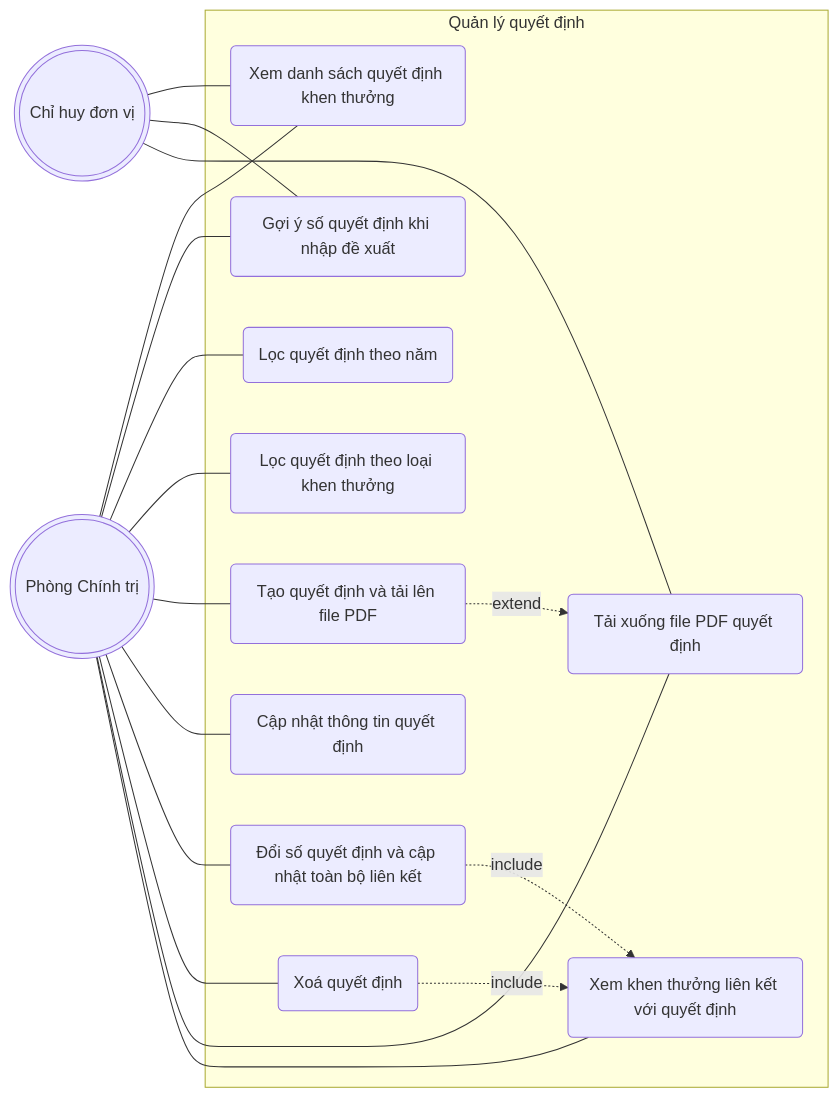
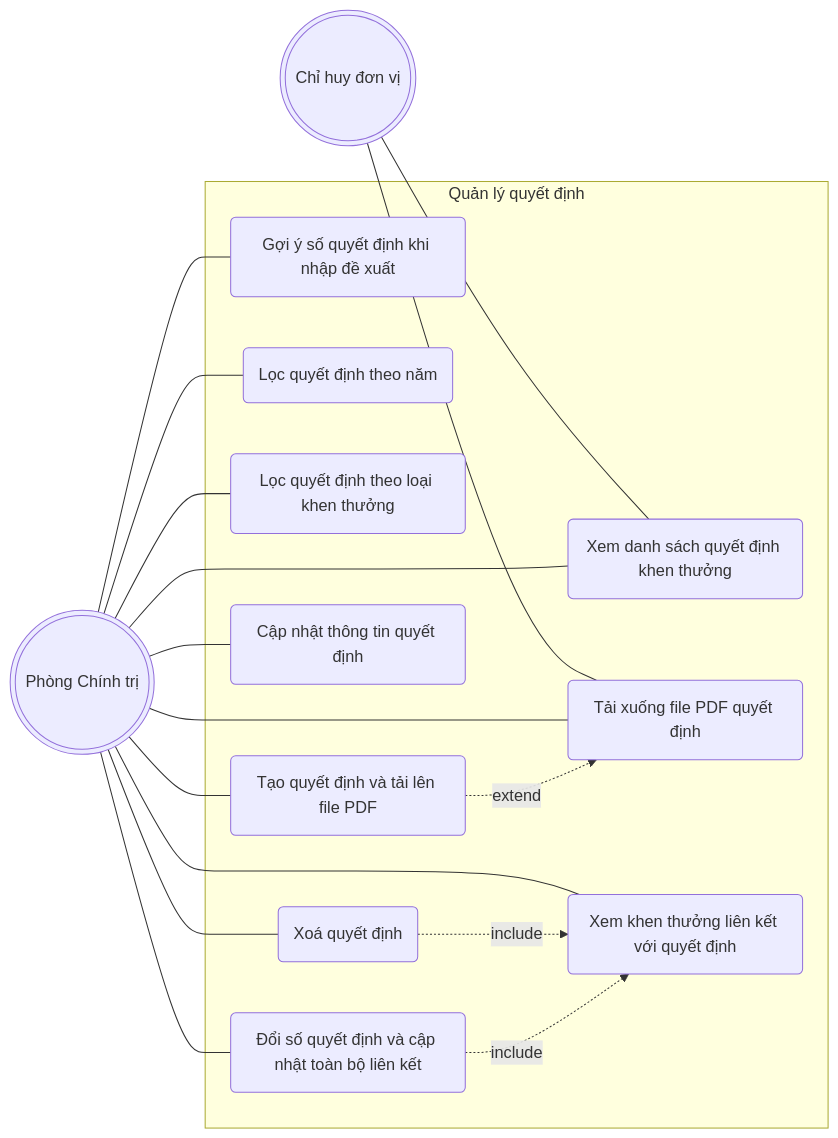
Before and after one commit to tranducbk/DATN_PM_QLKT: diagram 18 of 19 in docs/diagrams/01-use-case.md, drawn with Mermaid. The commit also changed other lines of this file and 150 other files, not shown here.

First line of the commit message:
docs: thêm reading-guide comments + ERD + race conditions doc

````diff
--- a/docs/diagrams/01-use-case.md
+++ b/docs/diagrams/01-use-case.md
@@ -694,37 +874,36 @@
 ```mermaid
 flowchart LR
     AD(((Phòng Chính trị)))
     MG(((Chỉ huy đơn vị)))
 
     subgraph SYS[Quản lý quyết định]
         UC1(Xem danh sách quyết định khen thưởng)
         UC2(Gợi ý số quyết định khi nhập đề xuất)
         UC3(Lọc quyết định theo năm)
         UC4(Lọc quyết định theo loại khen thưởng)
         UC5(Tạo quyết định và tải lên file PDF)
         UC6(Cập nhật thông tin quyết định)
         UC7(Đổi số quyết định và cập nhật toàn bộ liên kết)
         UC8(Xoá quyết định)
         UC9(Tải xuống file PDF quyết định)
         UC10(Xem khen thưởng liên kết với quyết định)
 
         UC5 -.->|extend| UC9
         UC7 -.->|include| UC10
         UC8 -.->|include| UC10
     end
 
     AD --- UC1
     AD --- UC2
     AD --- UC3
     AD --- UC4
     AD --- UC5
     AD --- UC6
     AD --- UC7
     AD --- UC8
     AD --- UC9
     AD --- UC10
 
     MG --- UC1
-    MG --- UC2
     MG --- UC9
 ```
````
